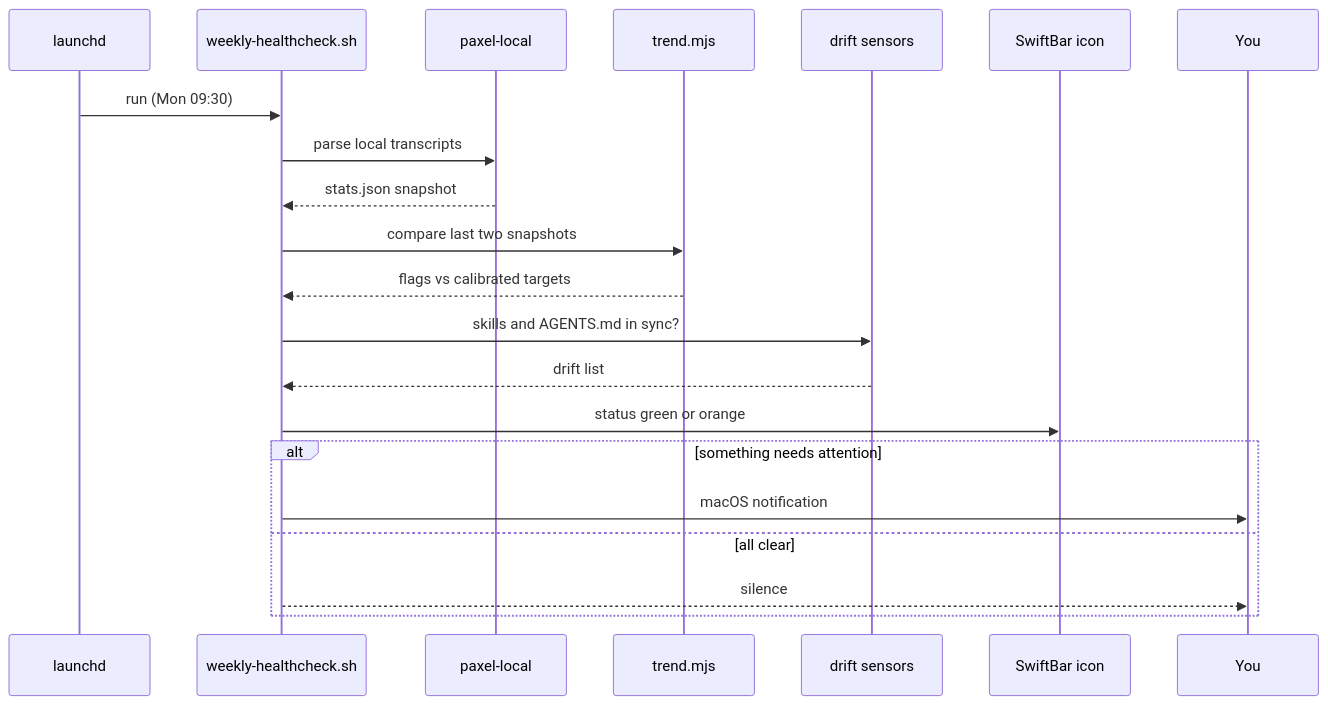
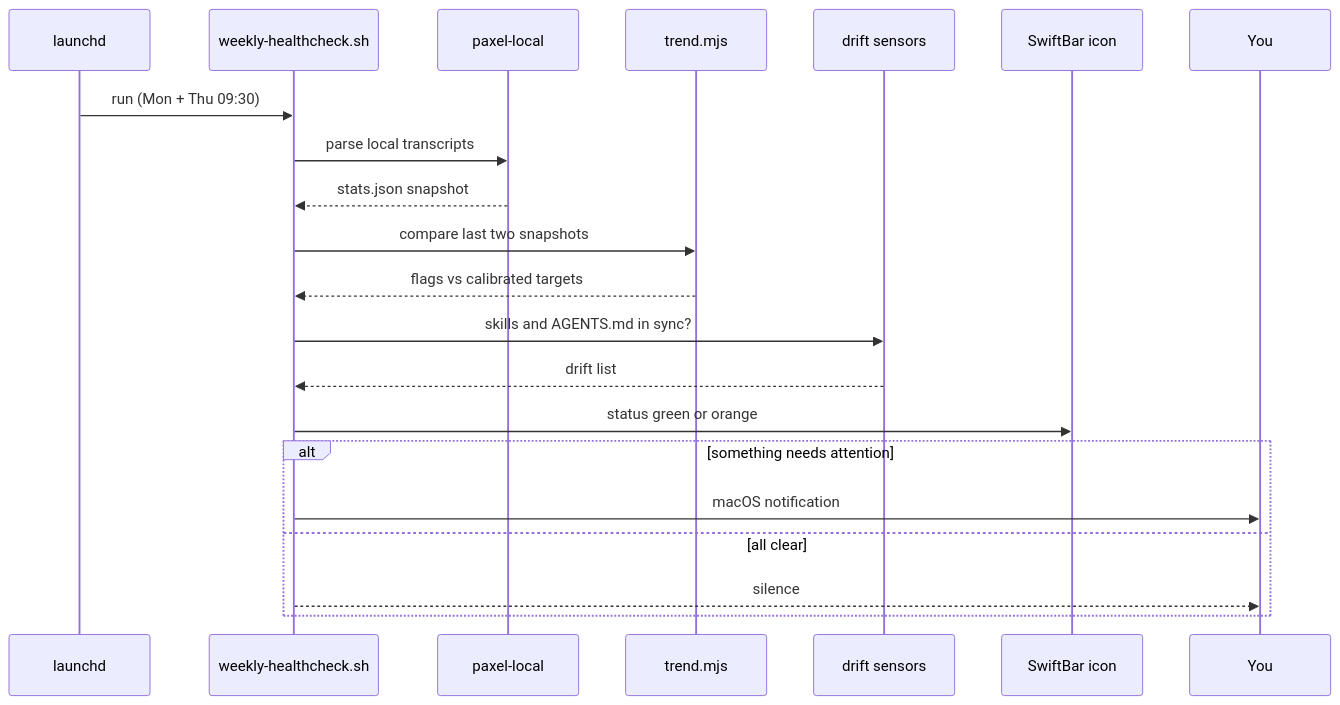
The second of 3 diagrams in docs/architecture.md (richardlitang/skills), drawn with Mermaid before and after one commit. The commit also changed other lines of this file, not shown here.

Commit message:
docs: healthcheck now runs Mon + Thu

````diff
--- a/docs/architecture.md
+++ b/docs/architecture.md
@@ -41,24 +41,24 @@
 ```mermaid
 sequenceDiagram
   participant L as launchd
   participant H as weekly-healthcheck.sh
   participant P as paxel-local
   participant T as trend.mjs
   participant D as drift sensors
   participant S as SwiftBar icon
   participant U as You
 
-  L->>H: run (Mon 09:30)
+  L->>H: run (Mon + Thu 09:30)
   H->>P: parse local transcripts
   P-->>H: stats.json snapshot
   H->>T: compare last two snapshots
   T-->>H: flags vs calibrated targets
   H->>D: skills and AGENTS.md in sync?
   D-->>H: drift list
   H->>S: status green or orange
   alt something needs attention
     H->>U: macOS notification
   else all clear
     H-->>U: silence
   end
 ```
````
